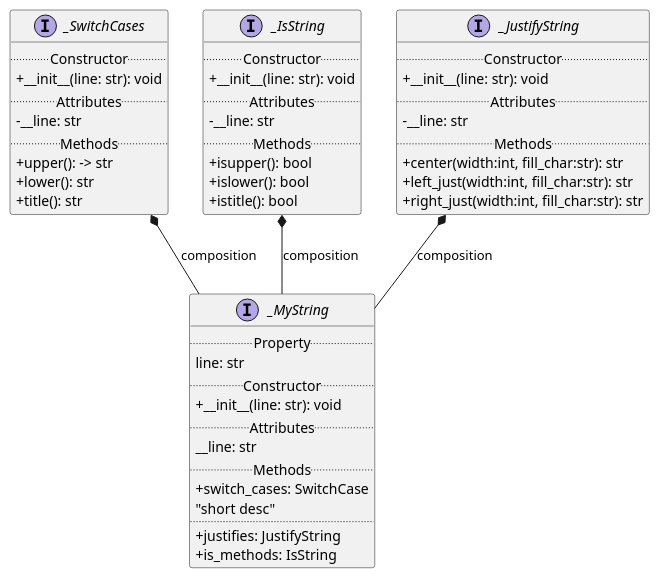
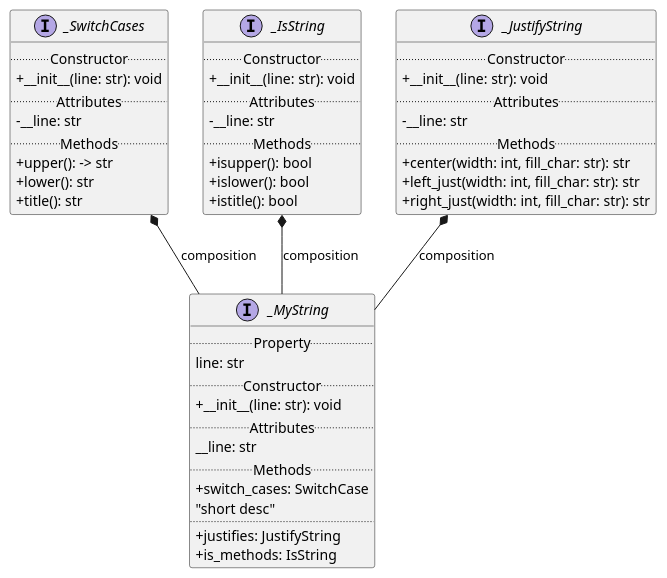
The diagram in mvp_02_uml_to_py/uml_class_line.puml (future-username/Learn_Python), drawn with PlantUML before and after one commit. The commit also changed 5 other files, not shown here.

```diff
--- a/mvp_02_uml_to_py/uml_class_line.puml
+++ b/mvp_02_uml_to_py/uml_class_line.puml
@@ -1,56 +1,56 @@
 @startuml
 skinparam classAttributeIconSize 0
 
-    InterFace _MyString {
-    .. Property ..
-    line: str
-    .. Constructor ..
-    +__init__(line: str): void
-    .. Attributes ..
-    __line: str
-    .. Methods ..
-    +switch_cases: SwitchCase
-    "short desc"
-    ..
-    +justifies: JustifyString
-    +is_methods: IsString
+InterFace _MyString {
+.. Property ..
+line: str
+.. Constructor ..
++__init__(line: str): void
+.. Attributes ..
+__line: str
+.. Methods ..
++switch_cases: SwitchCase
+"short desc"
+..
++justifies: JustifyString
++is_methods: IsString
 }
 
 interface _SwitchCases {
     .. Constructor ..
     +__init__(line: str): void
     .. Attributes ..
     -__line: str
     .. Methods ..
     +upper(): -> str
     +lower(): str
     +title(): str
 }
 
 interface _IsString {
     .. Constructor ..
     +__init__(line: str): void
     .. Attributes ..
     -__line: str
     .. Methods ..
     +isupper(): bool
     +islower(): bool
     +istitle(): bool
 }
 
 interface _JustifyString {
     .. Constructor ..
     +__init__(line: str): void
     .. Attributes ..
     -__line: str
     .. Methods ..
-    +center(width:int, fill_char:str): str
-    +left_just(width:int, fill_char:str): str
-    +right_just(width:int, fill_char:str): str
+    +center(width: int, fill_char: str): str
+    +left_just(width: int, fill_char: str): str
+    +right_just(width: int, fill_char: str): str
 }
 
 _SwitchCases *-- _MyString: composition
 _IsString *-- _MyString: composition
 _JustifyString *-- _MyString: composition
 
 @enduml
```
